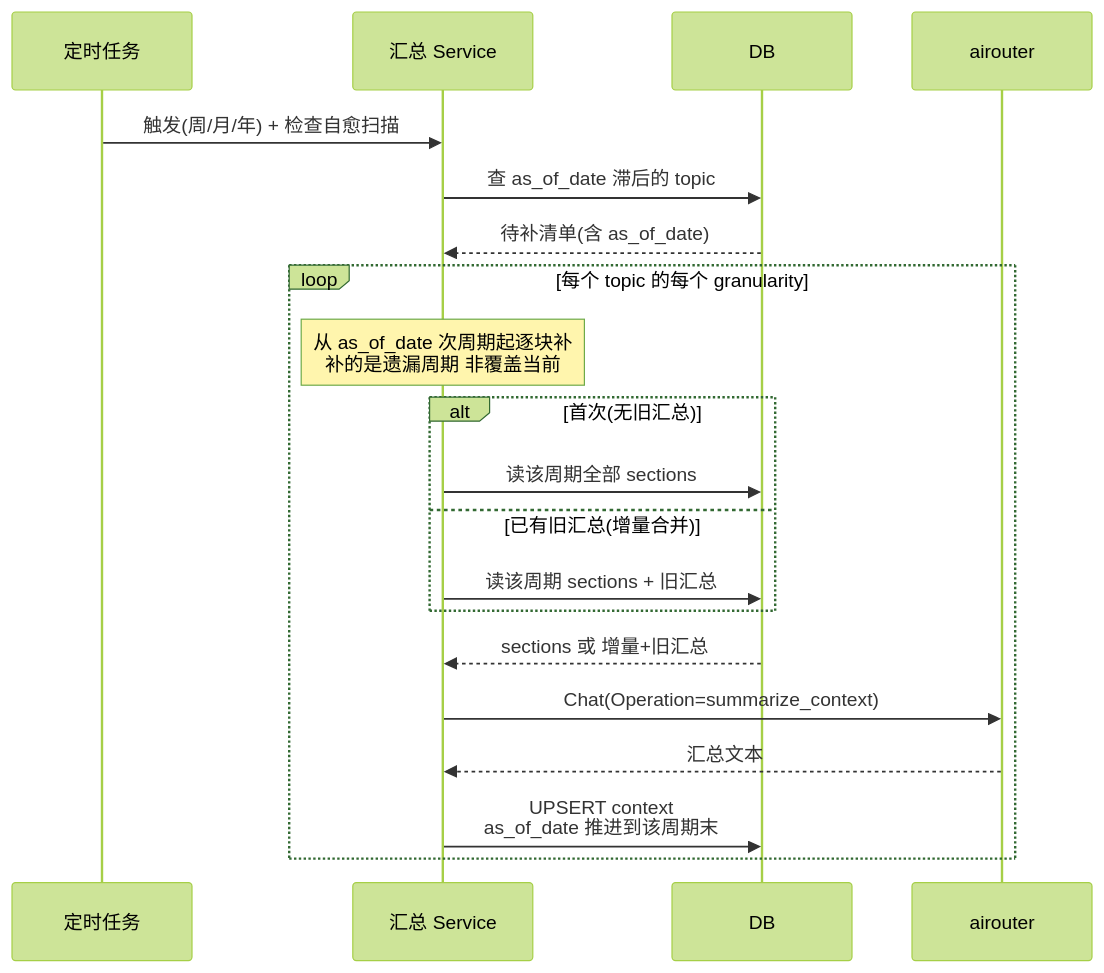
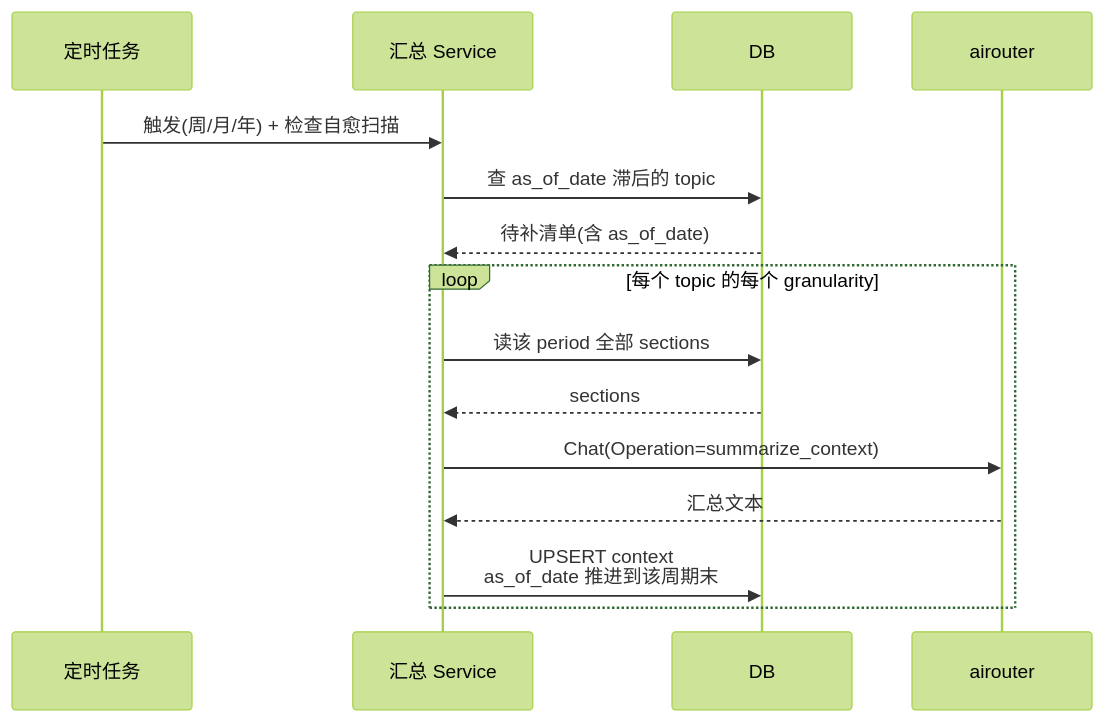
Before and after one commit to ZanebonoAlter/my-robot: the fourth of 9 diagrams in openspec/changes/data-enrichment-orchestration/overview.md, drawn with Mermaid (forest theme). The commit also changed other lines of this file and 31 other files, not shown here.

````diff
--- a/openspec/changes/data-enrichment-orchestration/overview.md
+++ b/openspec/changes/data-enrichment-orchestration/overview.md
@@ -104,24 +213,19 @@
 ```mermaid
 sequenceDiagram
     participant Cron as 定时任务
     participant Svc as 汇总 Service
     participant DB as DB
     participant AI as airouter
 
     Cron->>Svc: 触发(周/月/年) + 检查自愈扫描
     Svc->>DB: 查 as_of_date 滞后的 topic
     DB-->>Svc: 待补清单(含 as_of_date)
 
     loop 每个 topic 的每个 granularity
-        Note over Svc: 从 as_of_date 次周期起逐块补<br/>补的是遗漏周期 非覆盖当前
-        alt 首次(无旧汇总)
-            Svc->>DB: 读该周期全部 sections
-        else 已有旧汇总(增量合并)
-            Svc->>DB: 读该周期 sections + 旧汇总
-        end
-        DB-->>Svc: sections 或 增量+旧汇总
+        Svc->>DB: 读该 period 全部 sections
+        DB-->>Svc: sections
         Svc->>AI: Chat(Operation=summarize_context)
         AI-->>Svc: 汇总文本
         Svc->>DB: UPSERT context<br/>as_of_date 推进到该周期末
     end
 ```
````
